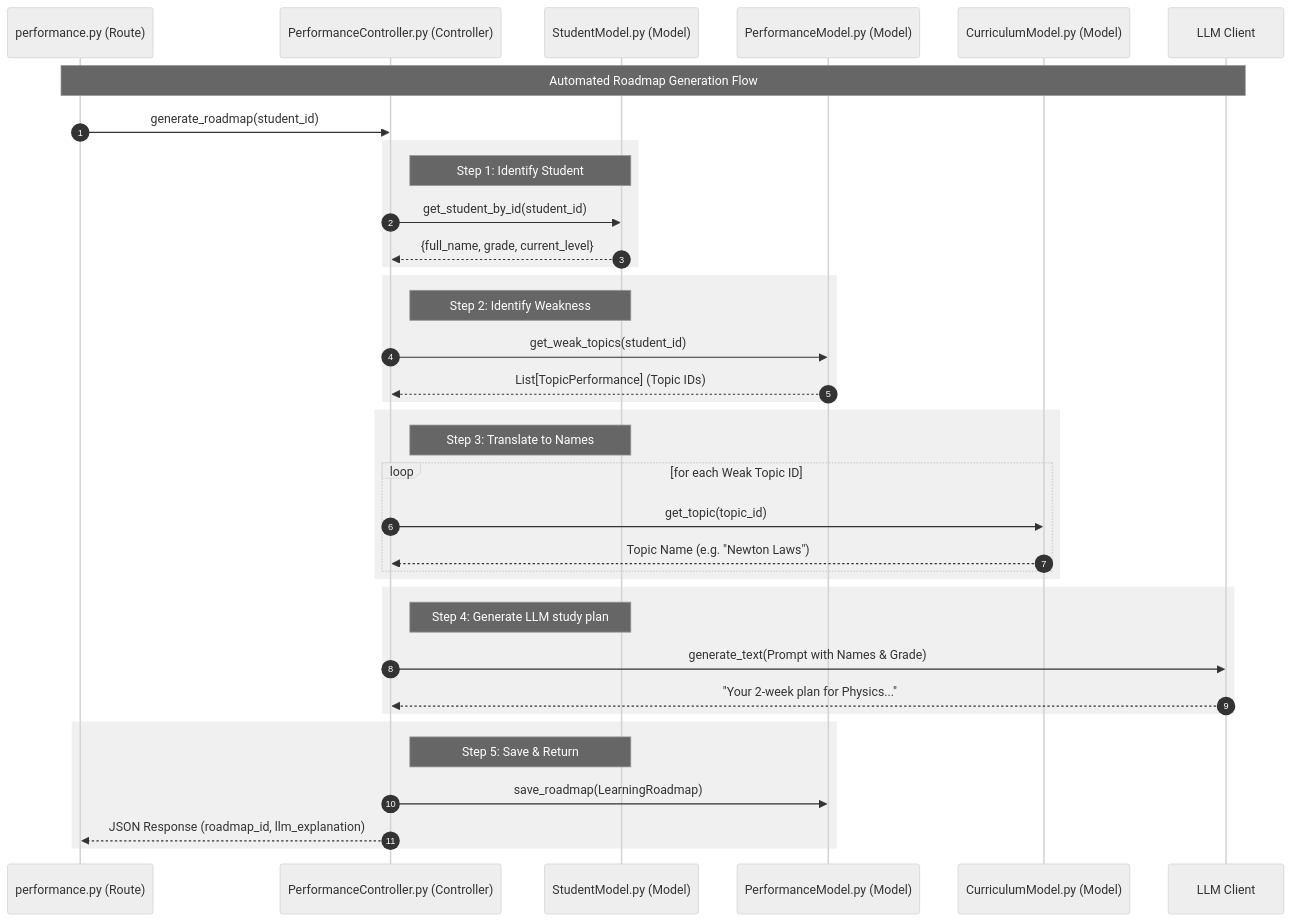
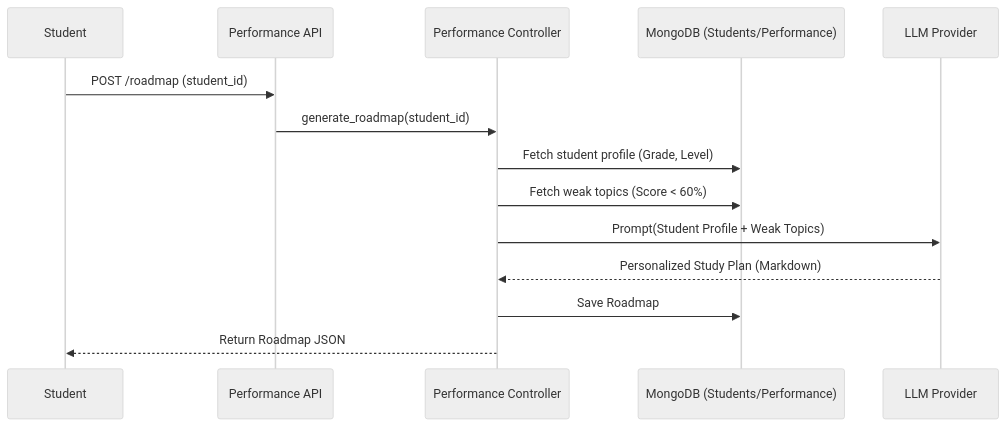
Before and after one commit to EbEmad/Contest-Rag: the third of 4 diagrams in README.md, drawn with Mermaid (neutral theme). The commit also changed other lines of this file and 2 other files, not shown here.

````diff
--- a/README.md
+++ b/README.md
@@ -221,46 +113,17 @@
 ```mermaid
 sequenceDiagram
-    autonumber
-    participant API as performance.py (Route)
-    participant CTRL as PerformanceController.py (Controller)
-    participant SM as StudentModel.py (Model)
-    participant PM as PerformanceModel.py (Model)
-    participant CM as CurriculumModel.py (Model)
-    participant AI as LLM Client
+    participant Student
+    participant API as Performance API
+    participant CTRL as Performance Controller
+    participant MDB as MongoDB (Students/Performance)
+    participant LLM as LLM Provider
 
-    Note over API, AI: Automated Roadmap Generation Flow
-
+    Student->>API: POST /roadmap (student_id)
     API->>CTRL: generate_roadmap(student_id)
-    
-    rect rgb(240, 240, 240)
-        Note right of CTRL: Step 1: Identify Student
-        CTRL->>SM: get_student_by_id(student_id)
-        SM-->>CTRL: {full_name, grade, current_level}
-    end
-
-    rect rgb(240, 240, 240)
-        Note right of CTRL: Step 2: Identify Weakness
-        CTRL->>PM: get_weak_topics(student_id)
-        PM-->>CTRL: List[TopicPerformance] (Topic IDs)
-    end
-
-    rect rgb(240, 240, 240)
-        Note right of CTRL: Step 3: Translate to Names
-        loop for each Weak Topic ID
-            CTRL->>CM: get_topic(topic_id)
-            CM-->>CTRL: Topic Name (e.g. "Newton Laws")
-        end
-    end
-
-    rect rgb(240, 240, 240)
-        Note right of CTRL: Step 4: Generate LLM study plan
-        CTRL->>AI: generate_text(Prompt with Names & Grade)
-        AI-->>CTRL: "Your 2-week plan for Physics..."
-    end
-
-    rect rgb(240, 240, 240)
-        Note right of CTRL: Step 5: Save & Return
-        CTRL->>PM: save_roadmap(LearningRoadmap)
-        CTRL-->>API: JSON Response (roadmap_id, llm_explanation)
-    end
+    CTRL->>MDB: Fetch student profile (Grade, Level)
+    CTRL->>MDB: Fetch weak topics (Score < 60%)
+    CTRL->>LLM: Prompt(Student Profile + Weak Topics)
+    LLM-->>CTRL: Personalized Study Plan (Markdown)
+    CTRL->>MDB: Save Roadmap
+    CTRL-->>Student: Return Roadmap JSON
 ```
````
